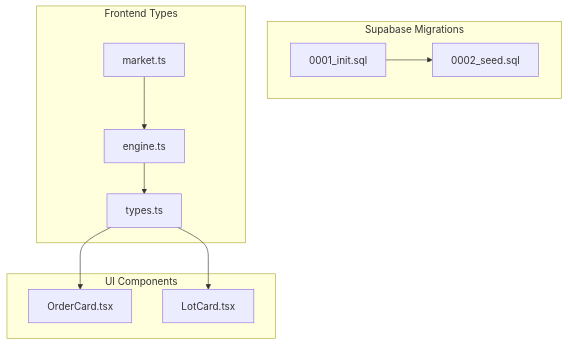
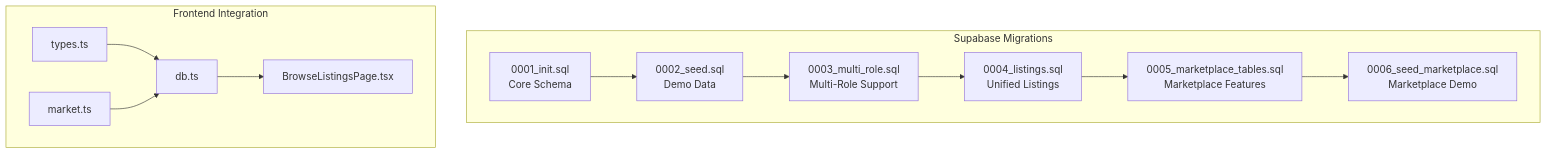
The first of 14 diagrams in .qoder/repowiki/en/content/Database Schema & Migrations.md (MudassarAbrar/FreshRoute-Ai), drawn with Mermaid before and after one commit. The commit also changed other lines of this file and 179 other files, not shown here.

Commit message:
Add AI elements UI, shadcn components, assistant-ui integration, and landing page enhancements

````diff
--- a/.qoder/repowiki/en/content/Database Schema & Migrations.md
+++ b/.qoder/repowiki/en/content/Database Schema & Migrations.md
@@ -33,21 +48,20 @@
 ```mermaid
 graph TB
 subgraph "Supabase Migrations"
-A["0001_init.sql"]
-B["0002_seed.sql"]
+A["0001_init.sql<br/>Core Schema"]
+B["0002_seed.sql<br/>Demo Data"]
+C["0003_multi_role.sql<br/>Multi-Role Support"]
+D["0004_listings.sql<br/>Unified Listings"]
+E["0005_marketplace_tables.sql<br/>Marketplace Features"]
+F["0006_seed_marketplace.sql<br/>Marketplace Demo"]
 end
-subgraph "Frontend Types"
+subgraph "Frontend Integration"
 T["types.ts"]
 M["market.ts"]
-E["engine.ts"]
+DB["db.ts"]
+UI["BrowseListingsPage.tsx"]
 end
-subgraph "UI Components"
-OC["OrderCard.tsx"]
-LC["LotCard.tsx"]
-end
-A --> B
-T --> OC
-T --> LC
-M --> E
-E --> T
+A --> B --> C --> D --> E --> F
+T --> DB --> UI
+M --> DB
 ```
````
